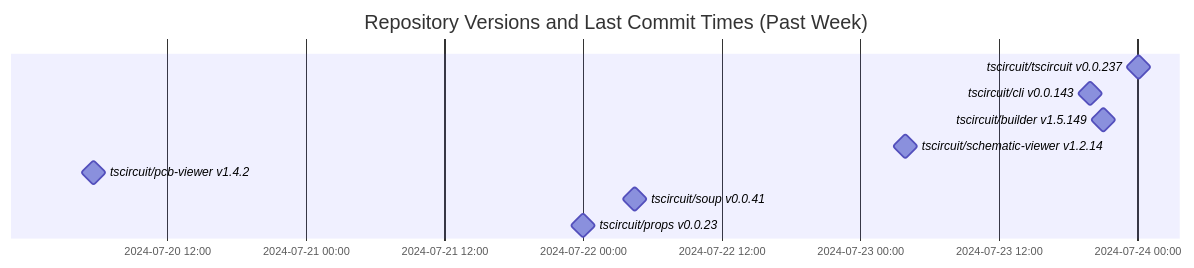
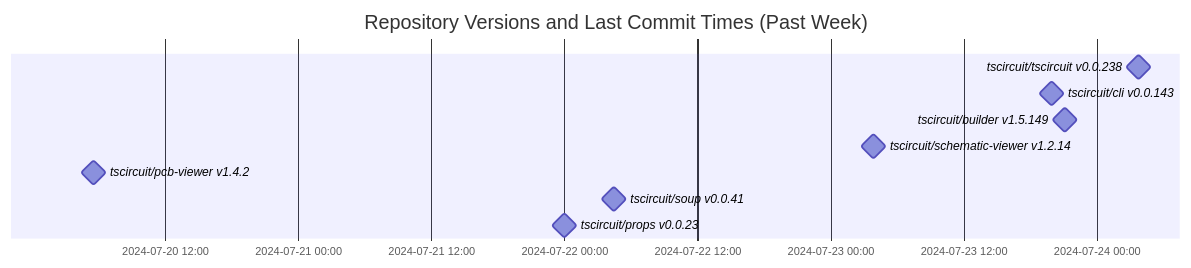
The diagram in README.md (tscircuit/version-tracker), drawn with Mermaid before and after one commit.

Commit message:
Update chart

````diff
--- a/README.md
+++ b/README.md
@@ -1,14 +1,14 @@
 ```mermaid
 gantt
   dateFormat  YYYY-MM-DD HH:mm:ss
   title Repository Versions and Last Commit Times (Past Week)
   axisFormat %Y-%m-%d %H:%M
 
-  tscircuit/tscircuit v0.0.237 : milestone, 2024-07-24 00:04:32, 1s
+  tscircuit/tscircuit v0.0.238 : milestone, 2024-07-24 03:42:58, 1s
   tscircuit/cli v0.0.143 : milestone, 2024-07-23 19:55:41, 1s
   tscircuit/builder v1.5.149 : milestone, 2024-07-23 21:01:43, 1s
   tscircuit/schematic-viewer v1.2.14 : milestone, 2024-07-23 03:50:56, 1s
   tscircuit/pcb-viewer v1.4.2 : milestone, 2024-07-20 05:34:23, 1s
   tscircuit/soup v0.0.41 : milestone, 2024-07-22 04:28:33, 1s
   tscircuit/props v0.0.23 : milestone, 2024-07-21 23:57:13, 1s
 ```
````
